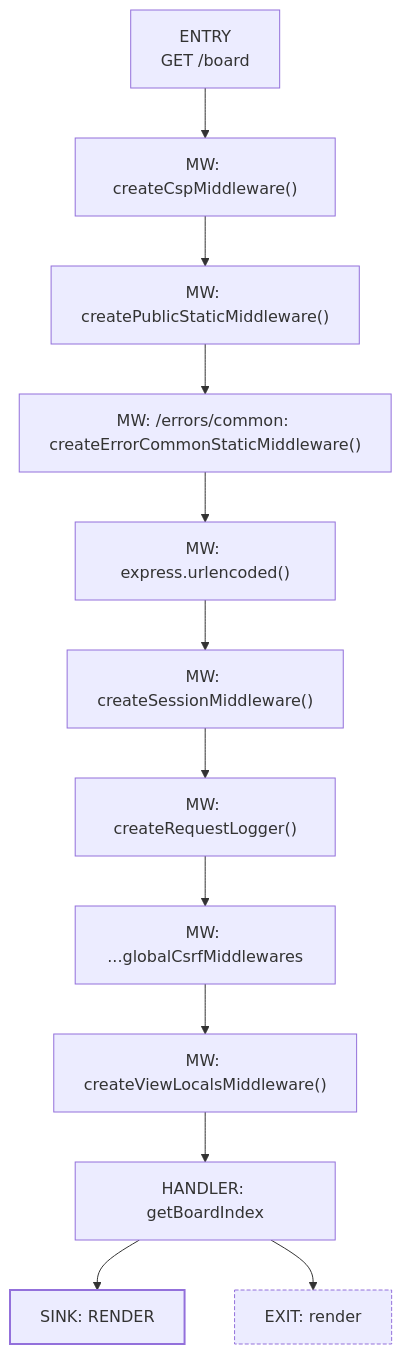
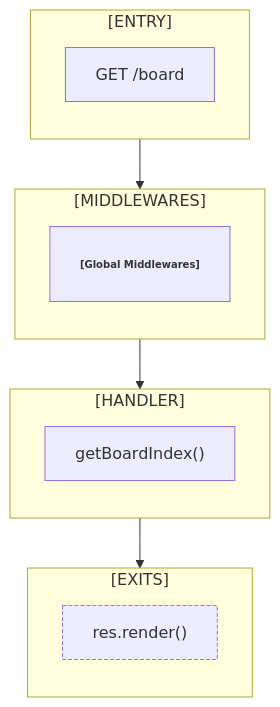
The diagram in docs/flowmap/flows/GET__board.mmd (irondenker/my-code-my-kill), drawn with Mermaid before and after one commit. The commit also changed 93 other files, not shown here.

Commit message:
📚 Docs: Regenerate flowmap artifacts for updated endpoint maps

```diff
--- a/docs/flowmap/flows/GET__board.mmd
+++ b/docs/flowmap/flows/GET__board.mmd
@@ -1,17 +1,26 @@
 flowchart TD
-ENTRY["ENTRY\nGET /board"]
-ENTRY --> MW1["MW: createCspMiddleware()"]
-MW1 --> MW2["MW: createPublicStaticMiddleware()"]
-MW2 --> MW3["MW: /errors/common: createErrorCommonStaticMiddleware()"]
-MW3 --> MW4["MW: express.urlencoded()"]
-MW4 --> MW5["MW: createSessionMiddleware()"]
-MW5 --> MW6["MW: createRequestLogger()"]
-MW6 --> MW7["MW: ...globalCsrfMiddlewares"]
-MW7 --> MW8["MW: createViewLocalsMiddleware()"]
-MW8 --> HANDLER["HANDLER: getBoardIndex"]
-HANDLER --> SINK1["SINK: RENDER"]
-HANDLER --> EXIT1["EXIT: render"]
+subgraph ENTRY_BLOCK["[ENTRY]"]
+direction TB
+ENTRY["GET /board"]
+end
+subgraph MIDDLEWARES["[MIDDLEWARES]"]
+direction TB
+MIDDLEWARE1["<b>[Global Middlewares]</b>"]
+end
+ENTRY --> MIDDLEWARE1
+subgraph HANDLER_BLOCK["[HANDLER]"]
+direction TB
+HANDLER["getBoardIndex()"]
+end
+MIDDLEWARE1 --> HANDLER
+subgraph EXITS["[EXITS]"]
+direction TB
+EXIT1["res.render()"]
+end
+HANDLER --> EXIT1
+classDef middleware font-size:10px,padding:2px,stroke-width:1;
+classDef diagnostics stroke-dasharray: 2 2;
 classDef sink stroke-width:2;
 classDef exit stroke-dasharray: 4 2;
-class SINK1 sink;
+class MIDDLEWARE1 middleware;
 class EXIT1 exit;
```
